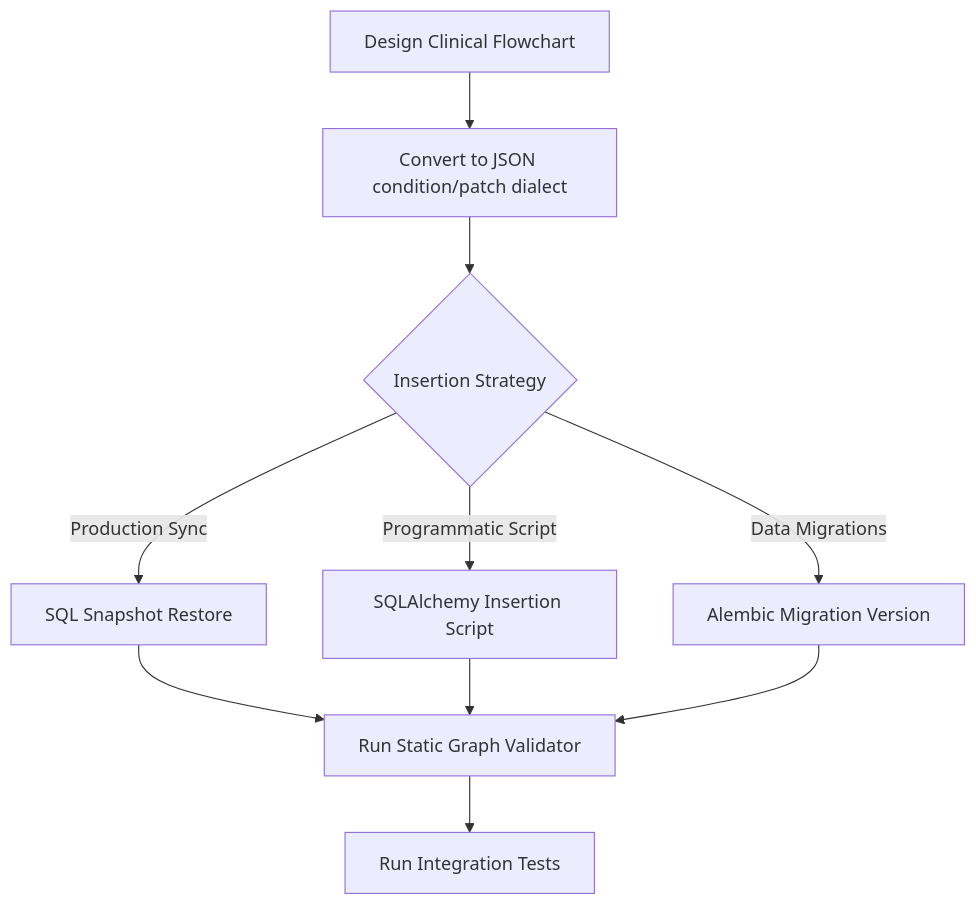
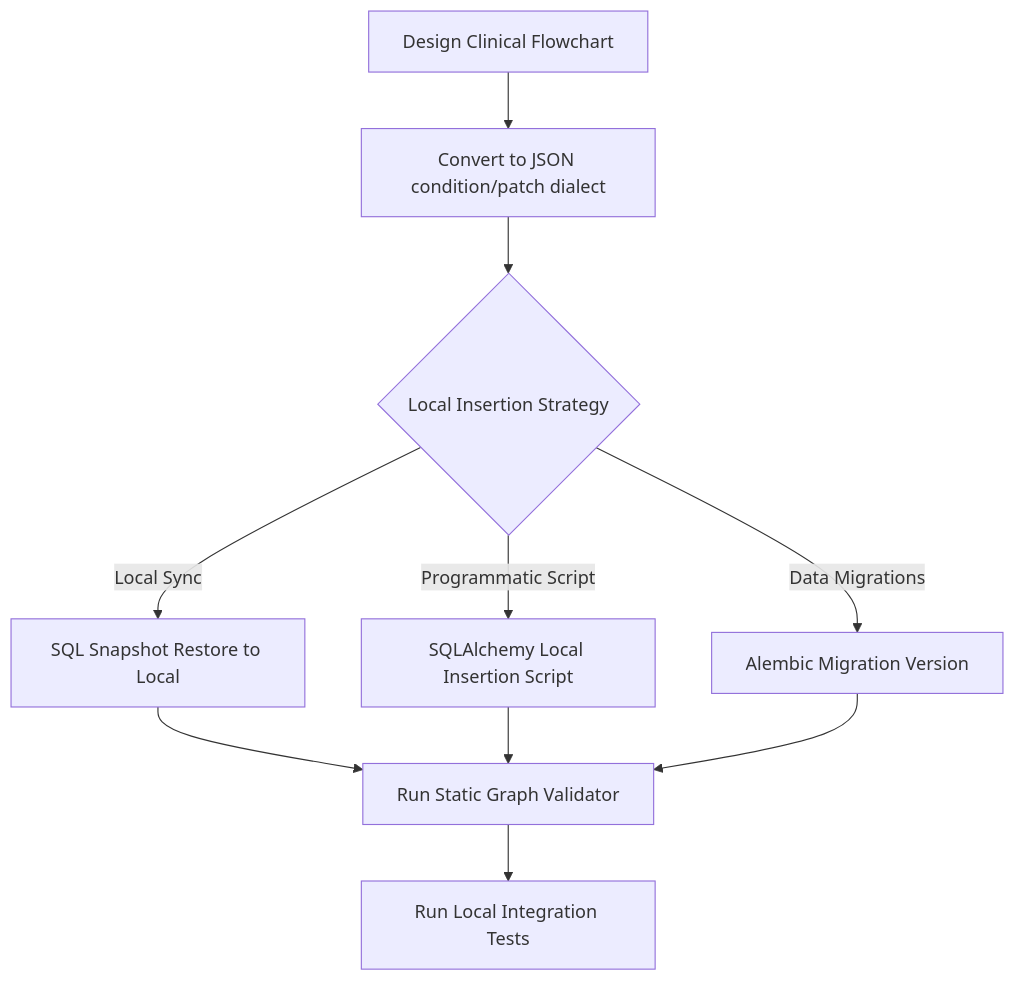
One commit to huymuzic987/cdss changed the diagram in src/cdss/README.md. Above: the diagram before and after it, drawn with Mermaid. The commit also changed other lines of this file, not shown here.

Commit message:
docs(readme): add warning about keeping database modifications local-only

````diff
--- a/src/cdss/README.md
+++ b/src/cdss/README.md
@@ -66,12 +71,12 @@
 ```mermaid
 graph TD
     A[Design Clinical Flowchart] --> B[Convert to JSON condition/patch dialect]
-    B --> C{Insertion Strategy}
-    C -->|Production Sync| D[SQL Snapshot Restore]
-    C -->|Programmatic Script| E[SQLAlchemy Insertion Script]
+    B --> C{Local Insertion Strategy}
+    C -->|Local Sync| D[SQL Snapshot Restore to Local]
+    C -->|Programmatic Script| E[SQLAlchemy Local Insertion Script]
     C -->|Data Migrations| F[Alembic Migration Version]
     D --> G[Run Static Graph Validator]
     E --> G
     F --> G
-    G --> H[Run Integration Tests]
+    G --> H[Run Local Integration Tests]
 ```
````
